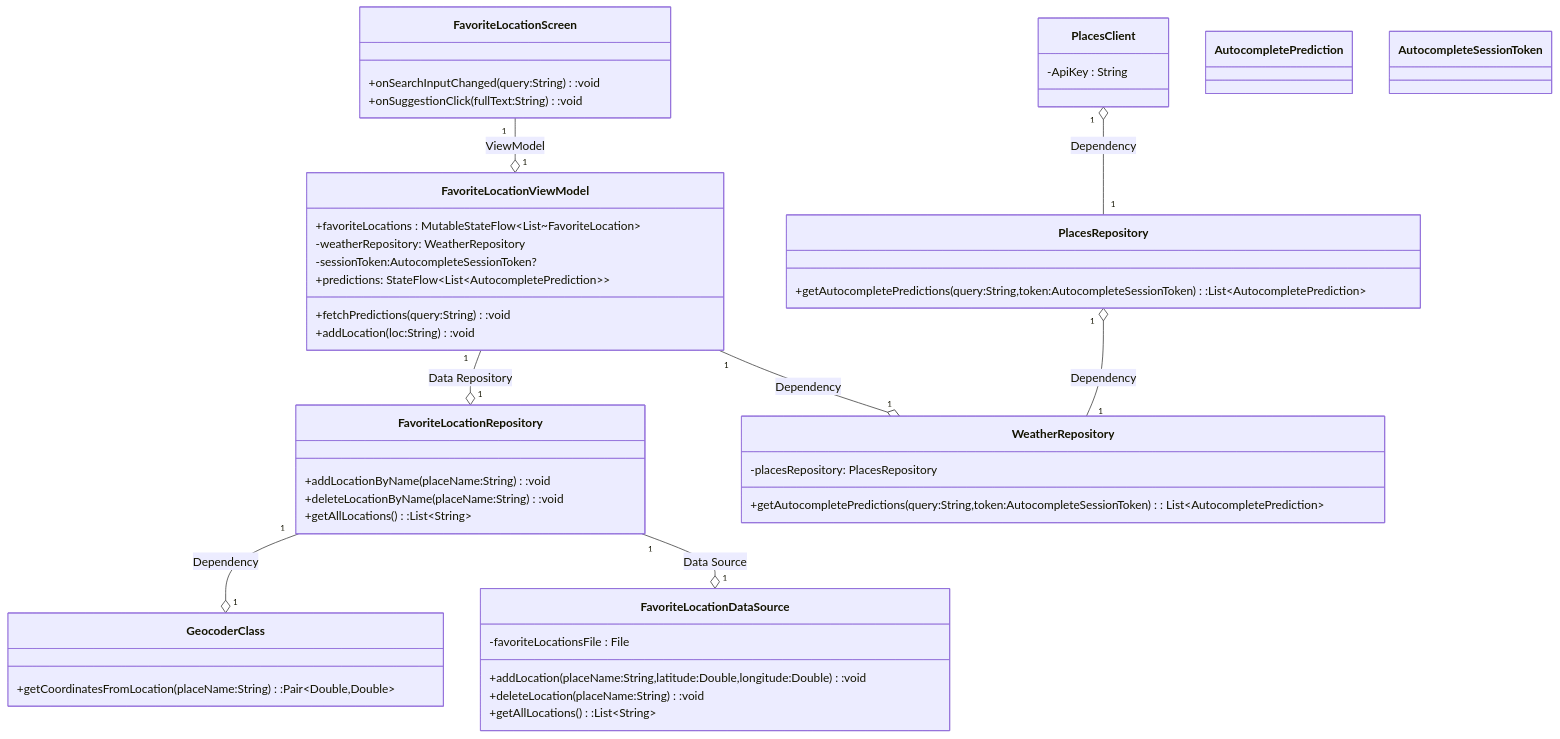
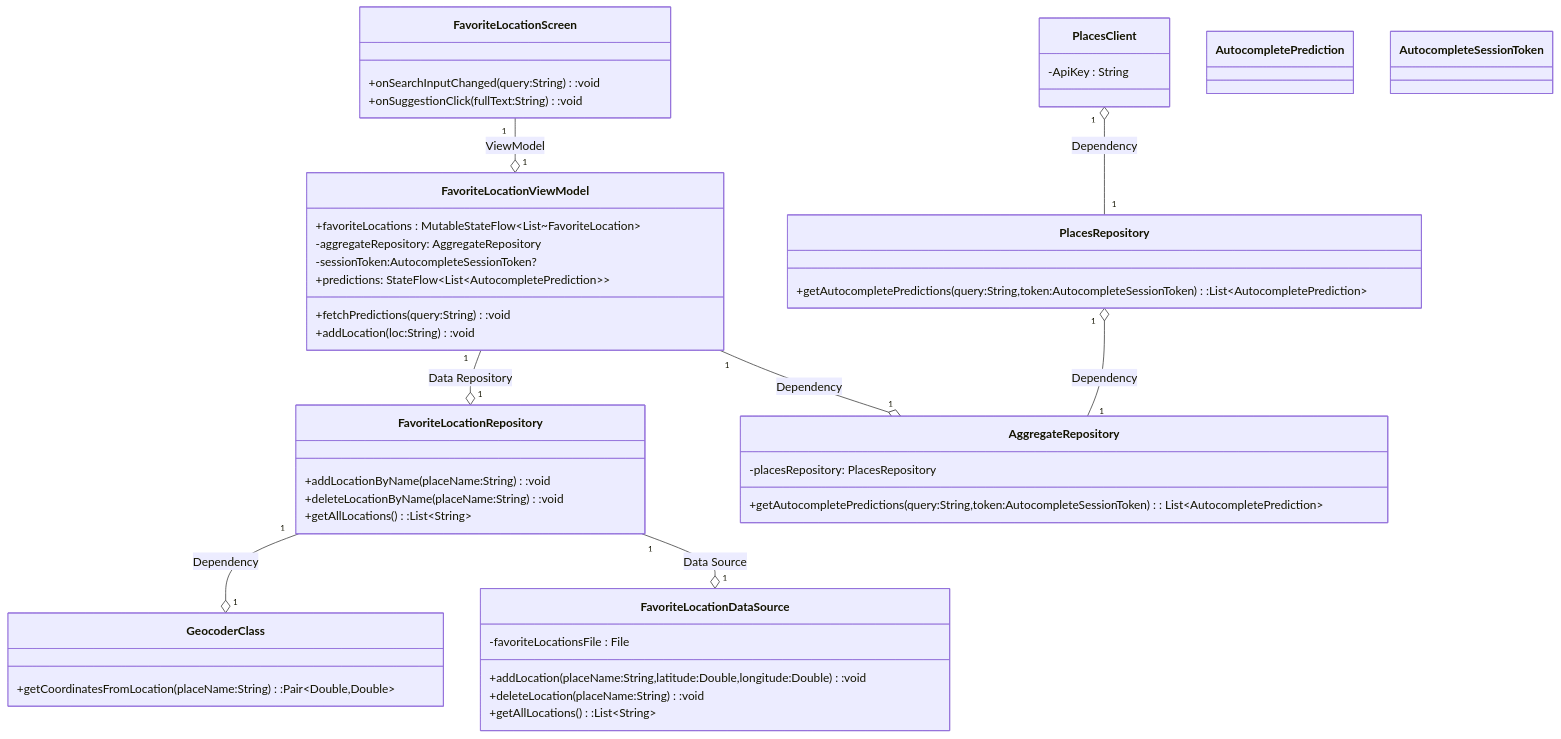
The diagram in diagrams/add_favorite_location/classdiagram.md (GithubTechsupport/VaerAktiv), drawn with Mermaid before and after one commit. The commit also changed 8 other files, not shown here.

First line of the commit message:
reflected weatherrepository name change in class and sequence diagrams

````diff
--- a/diagrams/add_favorite_location/classdiagram.md
+++ b/diagrams/add_favorite_location/classdiagram.md
@@ -1,57 +1,57 @@
 ```mermaid
 classDiagram
     FavoriteLocationScreen "1" --o "1" FavoriteLocationViewModel : ViewModel
     FavoriteLocationViewModel "1" --o "1" FavoriteLocationRepository : Data Repository
-    FavoriteLocationViewModel "1" --o "1" WeatherRepository : Dependency
+    FavoriteLocationViewModel "1" --o "1" AggregateRepository : Dependency
     FavoriteLocationRepository "1" --o "1" GeocoderClass : Dependency
     FavoriteLocationRepository "1" --o "1" FavoriteLocationDataSource : Data Source
     PlacesClient "1" o-- "1" PlacesRepository : Dependency
-    PlacesRepository "1" o-- "1" WeatherRepository : Dependency
+    PlacesRepository "1" o-- "1" AggregateRepository : Dependency
 
-    class WeatherRepository {
+    class AggregateRepository {
       -placesRepository: PlacesRepository
             +getAutocompletePredictions(query:String,token:AutocompleteSessionToken): List~AutocompletePrediction~
     }
 
     class PlacesClient {
         -ApiKey : String
     }
 
     class FavoriteLocationScreen {
       +onSearchInputChanged(query:String):void
       +onSuggestionClick(fullText:String):void
     }
 
     class FavoriteLocationViewModel {
       +favoriteLocations : MutableStateFlow~List~FavoriteLocation~
-      -weatherRepository: WeatherRepository
+      -aggregateRepository: AggregateRepository
       -sessionToken:AutocompleteSessionToken?
       +predictions: StateFlow~List~AutocompletePrediction~~
       +fetchPredictions(query:String):void
       +addLocation(loc:String):void
     }
 
     class FavoriteLocationRepository {
       +addLocationByName(placeName:String):void
       +deleteLocationByName(placeName:String):void
       +getAllLocations():List~String~
     }
 
     class GeocoderClass {
       +getCoordinatesFromLocation(placeName:String):Pair~Double,Double~
     }
 
     class FavoriteLocationDataSource {
       -favoriteLocationsFile : File
       +addLocation(placeName:String,latitude:Double,longitude:Double):void
       +deleteLocation(placeName:String):void
       +getAllLocations():List~String~
     }
 
     class PlacesRepository {
       +getAutocompletePredictions(query:String,token:AutocompleteSessionToken):List~AutocompletePrediction~
     }
 
     class AutocompletePrediction
     class AutocompleteSessionToken
 ```
````
